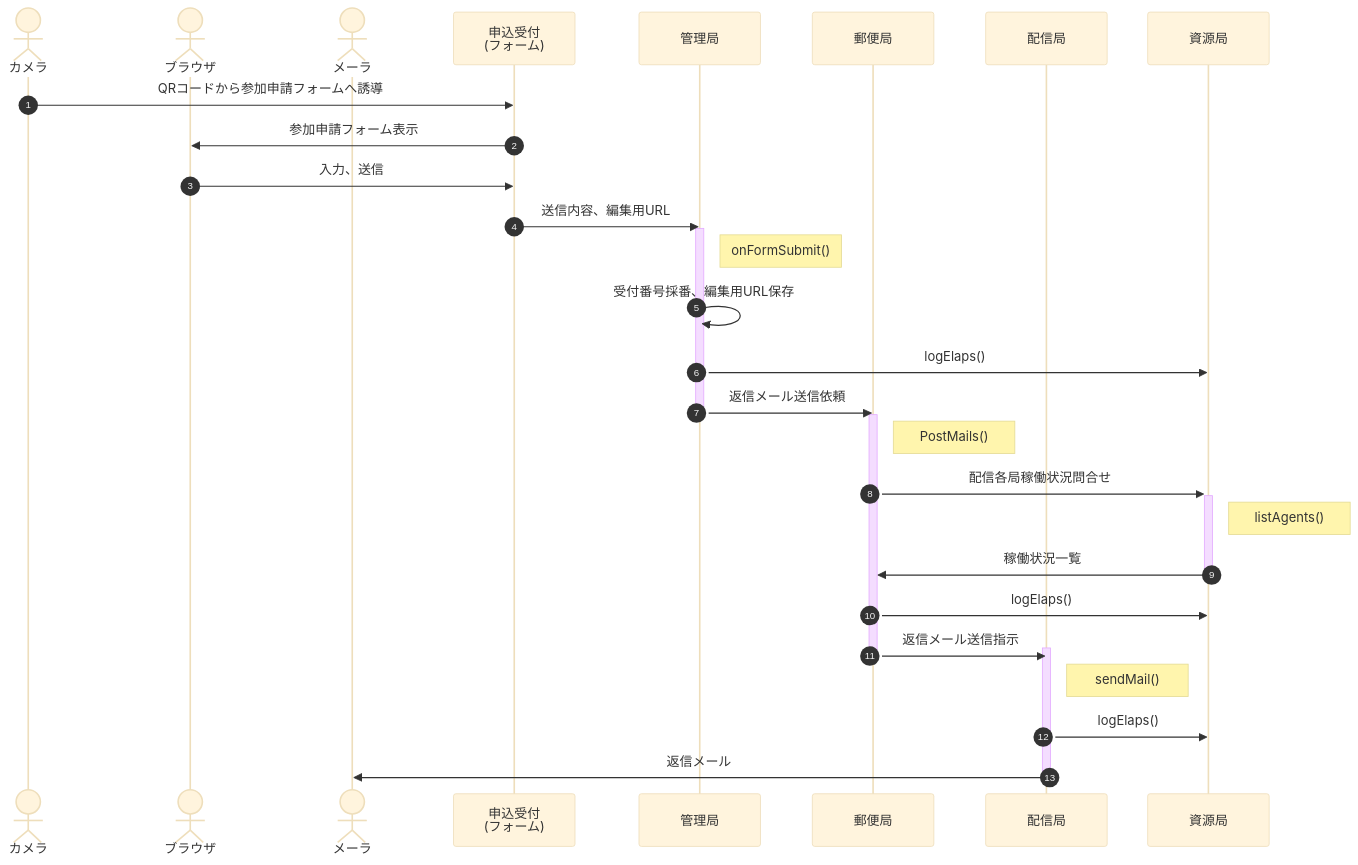
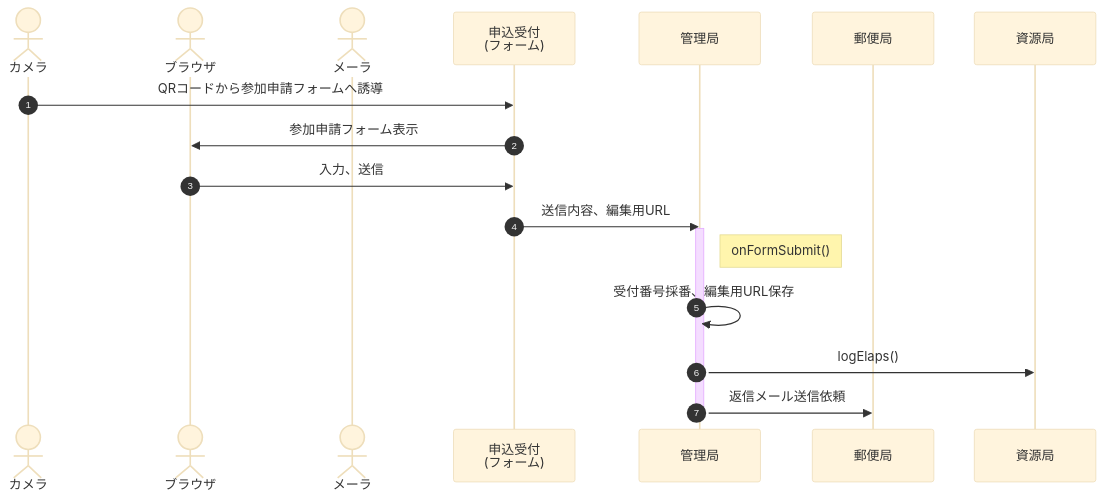
Before and after one commit to nakaone/EventStaff: the second of 6 diagrams in doc/server.md, drawn with Mermaid (base theme). The commit also changed other lines of this file, not shown here.

````diff
--- a/doc/server.md
+++ b/doc/server.md
@@ -93,36 +93,22 @@
 ```mermaid
 sequenceDiagram
   autonumber
   actor camera as カメラ
   actor browser as ブラウザ
   actor mail as メーラ
   participant Form as 申込受付<br>(フォーム)
   participant Master as 管理局
   participant Post as 郵便局
-  participant Agent as 配信局
   participant Agency as 資源局
 
   camera ->> Form : QRコードから参加申請フォームへ誘導
   Form ->> browser : 参加申請フォーム表示
   browser ->> Form : 入力、送信
   Form ->> Master : 送信内容、編集用URL
   activate Master
   Note right of Master : onFormSubmit()
   Master ->> Master : 受付番号採番、編集用URL保存
   Master ->> Agency : logElaps()
   Master ->> Post : 返信メール送信依頼
   deactivate Master
-  activate Post
-  Note right of Post : PostMails()
-  Post ->>+ Agency : 配信各局稼働状況問合せ
-  Note right of Agency : listAgents()
-  Agency ->>- Post : 稼働状況一覧
-  Post ->> Agency : logElaps()
-  Post ->> Agent : 返信メール送信指示
-  activate Agent
-  deactivate Post
-  Note right of Agent : sendMail()
-  Agent ->> Agency : logElaps()
-  Agent ->> mail : 返信メール
-  deactivate Agent
 ```
````
